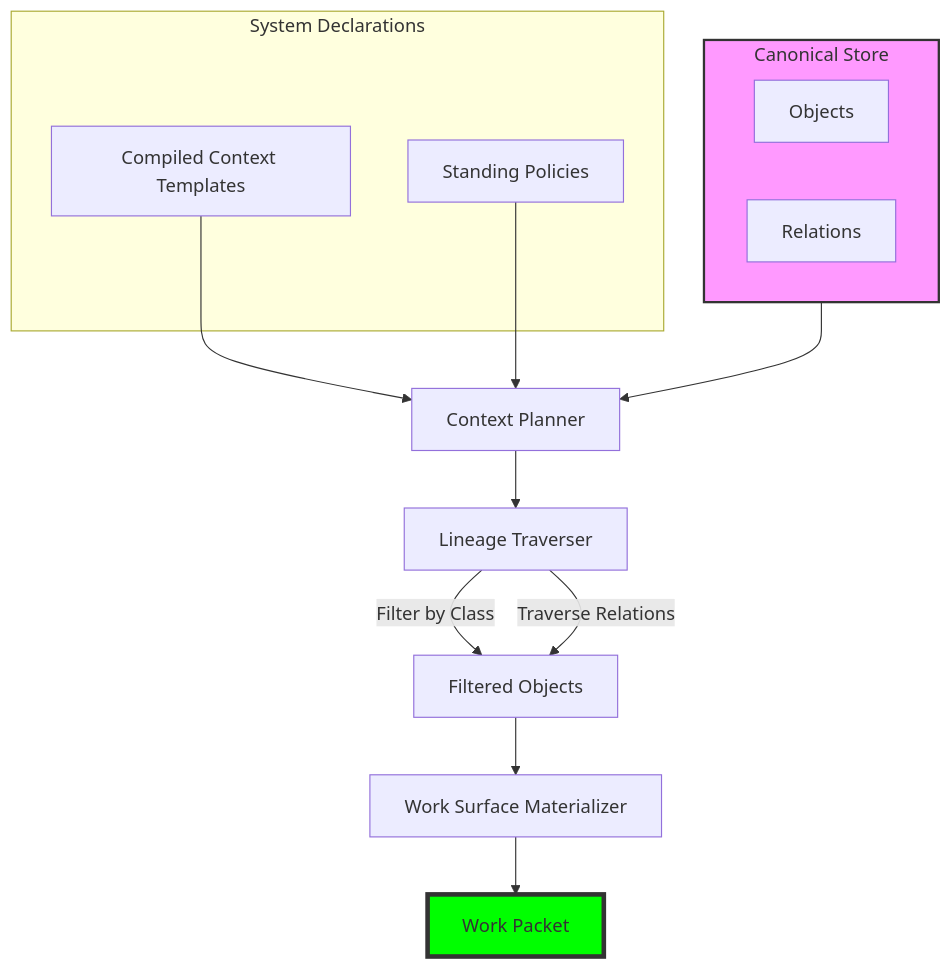
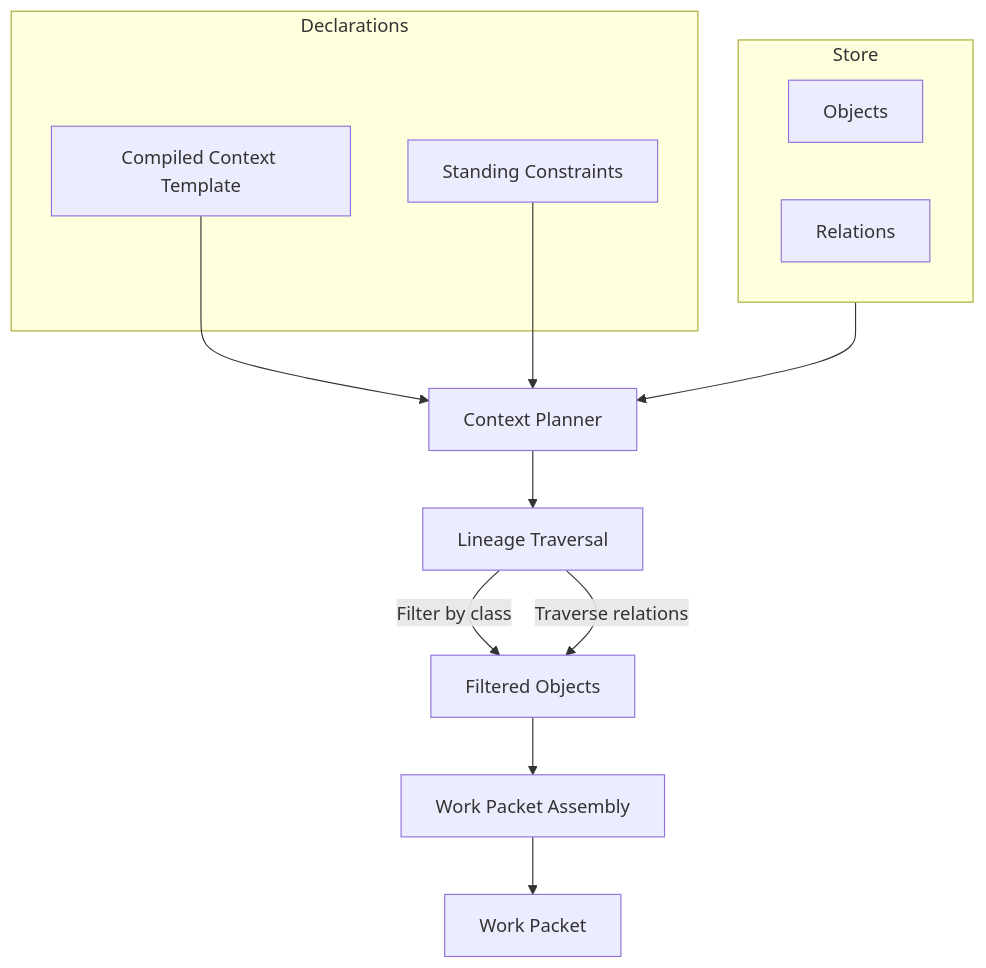
The diagram in docs/concepts/context-compilation.md (Mikhail-Shakhnazarov/earmark-kernel), drawn with Mermaid before and after one commit. The commit also changed other lines of this file and 61 other files, not shown here.

````diff
--- a/docs/concepts/context-compilation.md
+++ b/docs/concepts/context-compilation.md
@@ -18,26 +20,23 @@
 ```mermaid
 flowchart TD
-    subgraph Store [Canonical Store]
+    subgraph Store
         O[Objects]
         R[Relations]
     end
-    
-    subgraph Declarations [System Declarations]
-        CC[Compiled Context Templates]
-        SP[Standing Policies]
+
+    subgraph Declarations
+        CC[Compiled Context Template]
+        SP[Standing Constraints]
     end
-    
+
     Store --> Planner[Context Planner]
     CC --> Planner
     SP --> Planner
-    
-    Planner --> Traverser[Lineage Traverser]
-    Traverser --> |Filter by Class| Filtered[Filtered Objects]
-    Traverser --> |Traverse Relations| Filtered
-    
-    Filtered --> Materializer[Work Surface Materializer]
+
+    Planner --> Traverser[Lineage Traversal]
+    Traverser --> |Filter by class| Filtered[Filtered Objects]
+    Traverser --> |Traverse relations| Filtered
+
+    Filtered --> Materializer[Work Packet Assembly]
     Materializer --> Packet[Work Packet]
-    
-    style Store fill:#f9f,stroke:#333,stroke-width:2px
-    style Packet fill:#00ff00,stroke:#333,stroke-width:4px
 ```
````
